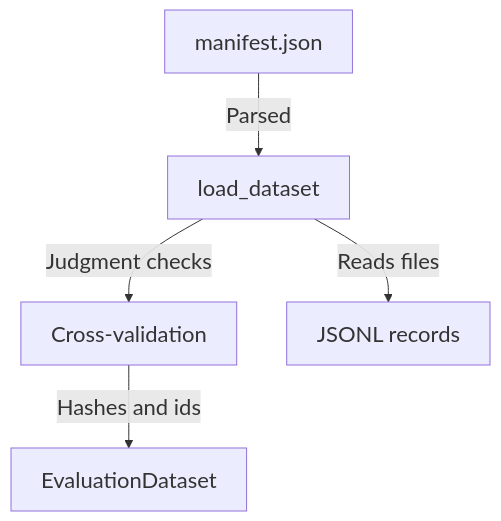
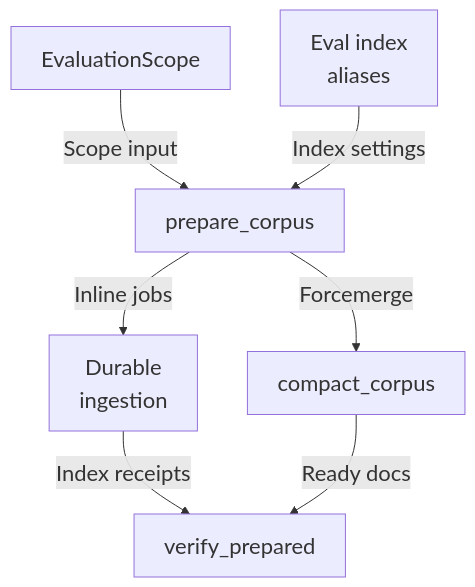
One commit to Justin-Mendoza/Afterclass changed the diagram in maps/evaluation/diagram-02.mmd. Above: the diagram before and after it, drawn with Mermaid. The commit also changed 83 other files, not shown here.

```diff
--- a/maps/evaluation/diagram-02.mmd
+++ b/maps/evaluation/diagram-02.mmd
@@ -1,11 +1,14 @@
 %%{init: {"themeVariables": {"fontSize": "22px"}}}%%
 flowchart TD
-  n0["manifest.json"]
-  n1["load_dataset"]
-  n2["Cross-validation"]
-  n3["EvaluationDataset"]
-  n4["JSONL records"]
-  n0 -->|"Parsed"| n1
-  n1 -->|"Reads files"| n4
-  n1 -->|"Judgment checks"| n2
-  n2 -->|"Hashes and ids"| n3
+  n0["EvaluationScope"]
+  n1["Eval index<br/>aliases"]
+  n2["prepare_corpus"]
+  n3["Durable<br/>ingestion"]
+  n4["compact_corpus"]
+  n5["verify_prepared"]
+  n0 -->|"Scope input"| n2
+  n1 -->|"Index settings"| n2
+  n2 -->|"Inline jobs"| n3
+  n2 -->|"Forcemerge"| n4
+  n3 -->|"Index receipts"| n5
+  n4 -->|"Ready docs"| n5
```
